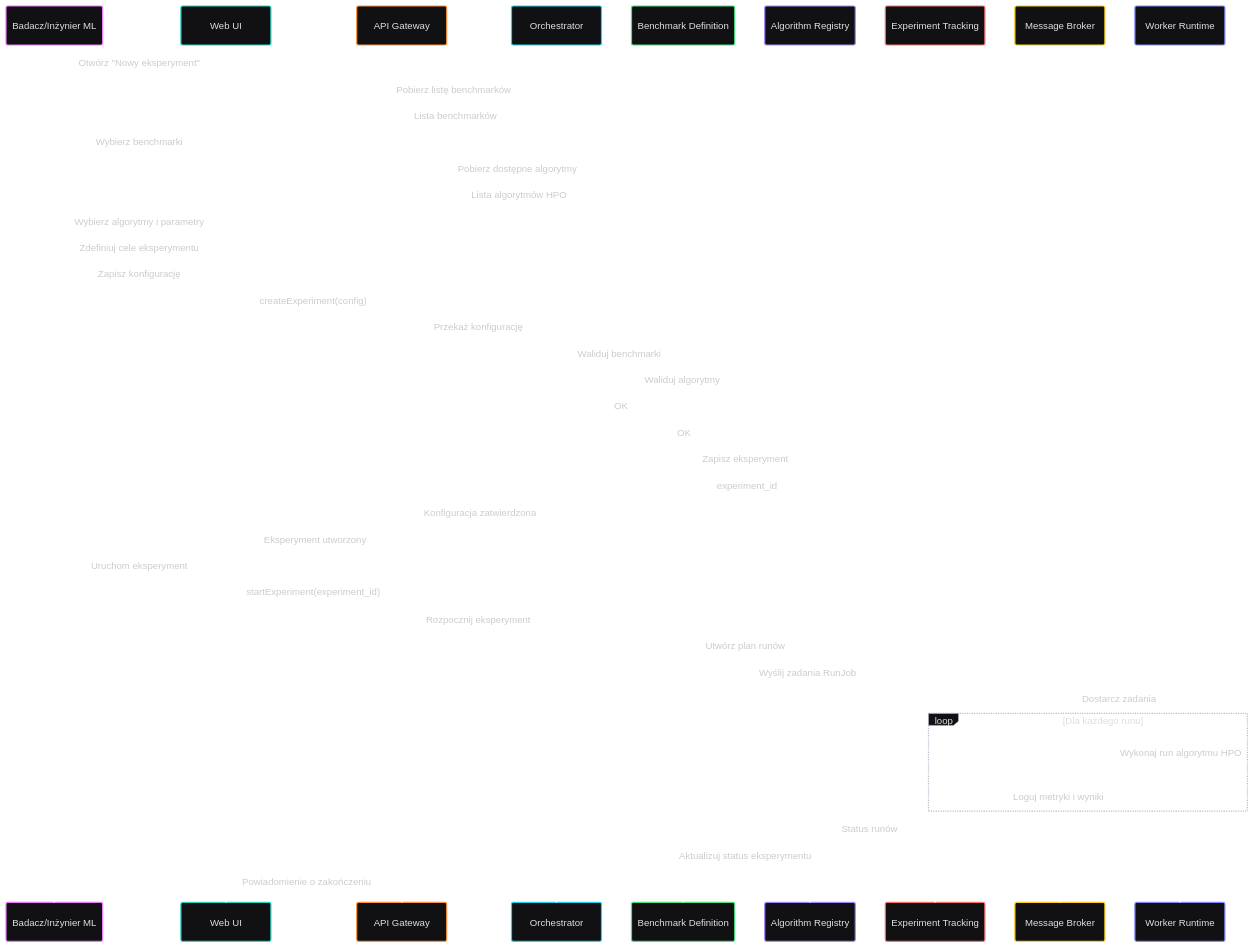
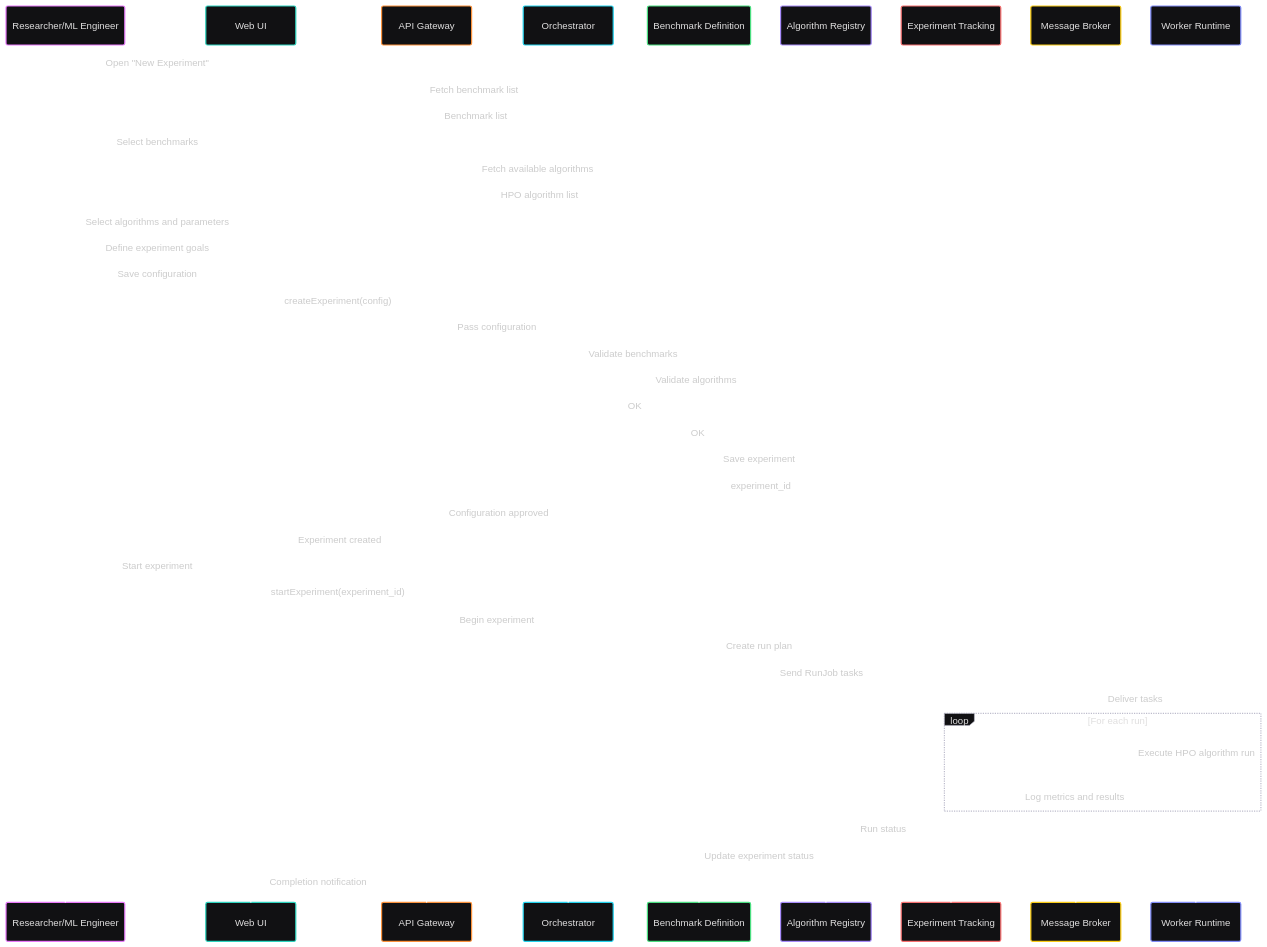
The third of 33 diagrams in docs/requirements/use-cases.md (jedrzejpolaczek/aviarium.corvidae.corvus_corone), drawn with Mermaid before and after one commit. The commit also changed other lines of this file and 21 other files, not shown here.

````diff
--- a/docs/requirements/use-cases.md
+++ b/docs/requirements/use-cases.md
@@ -154,49 +154,49 @@
 ```mermaid
 ---
 config:
   theme: redux-dark-color
 ---
 sequenceDiagram
-    participant A1 as Badacz/Inżynier ML
+    participant A1 as Researcher/ML Engineer
     participant UI as Web UI
     participant API as API Gateway
     participant ORC as Orchestrator
     participant BDS as Benchmark Definition
     participant AR as Algorithm Registry
     participant ETS as Experiment Tracking
     participant MB as Message Broker
     participant WR as Worker Runtime
     
-    A1->>UI: Otwórz "Nowy eksperyment"
-    UI->>BDS: Pobierz listę benchmarków
-    BDS-->>UI: Lista benchmarków
-    A1->>UI: Wybierz benchmarki
-    UI->>AR: Pobierz dostępne algorytmy
-    AR-->>UI: Lista algorytmów HPO
-    A1->>UI: Wybierz algorytmy i parametry
-    A1->>UI: Zdefiniuj cele eksperymentu
-    A1->>UI: Zapisz konfigurację
+    A1->>UI: Open "New Experiment"
+    UI->>BDS: Fetch benchmark list
+    BDS-->>UI: Benchmark list
+    A1->>UI: Select benchmarks
+    UI->>AR: Fetch available algorithms
+    AR-->>UI: HPO algorithm list
+    A1->>UI: Select algorithms and parameters
+    A1->>UI: Define experiment goals
+    A1->>UI: Save configuration
     UI->>API: createExperiment(config)
-    API->>ORC: Przekaż konfigurację
-    ORC->>BDS: Waliduj benchmarki
-    ORC->>AR: Waliduj algorytmy
+    API->>ORC: Pass configuration
+    ORC->>BDS: Validate benchmarks
+    ORC->>AR: Validate algorithms
     BDS-->>ORC: OK
     AR-->>ORC: OK
-    ORC->>ETS: Zapisz eksperyment
+    ORC->>ETS: Save experiment
     ETS-->>ORC: experiment_id
-    ORC-->>API: Konfiguracja zatwierdzona
-    API-->>UI: Eksperyment utworzony
-    A1->>UI: Uruchom eksperyment
+    ORC-->>API: Configuration approved
+    API-->>UI: Experiment created
+    A1->>UI: Start experiment
     UI->>API: startExperiment(experiment_id)
-    API->>ORC: Rozpocznij eksperyment
-    ORC->>ETS: Utwórz plan runów
-    ORC->>MB: Wyślij zadania RunJob
-    MB-->>WR: Dostarcz zadania
-    loop Dla każdego runu
-        WR->>WR: Wykonaj run algorytmu HPO
-        WR->>ETS: Loguj metryki i wyniki
+    API->>ORC: Begin experiment
+    ORC->>ETS: Create run plan
+    ORC->>MB: Send RunJob tasks
+    MB-->>WR: Deliver tasks
+    loop For each run
+        WR->>WR: Execute HPO algorithm run
+        WR->>ETS: Log metrics and results
     end
-    WR-->>ORC: Status runów
-    ORC->>ETS: Aktualizuj status eksperymentu
-    ORC-->>A1: Powiadomienie o zakończeniu
+    WR-->>ORC: Run status
+    ORC->>ETS: Update experiment status
+    ORC-->>A1: Completion notification
 ```
````
